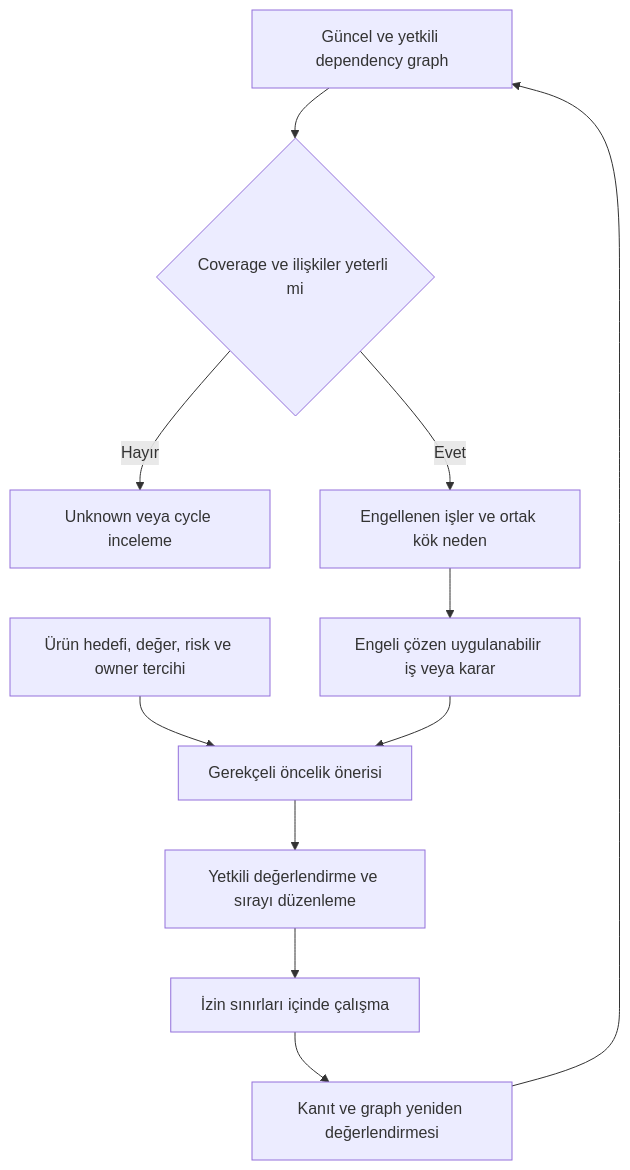
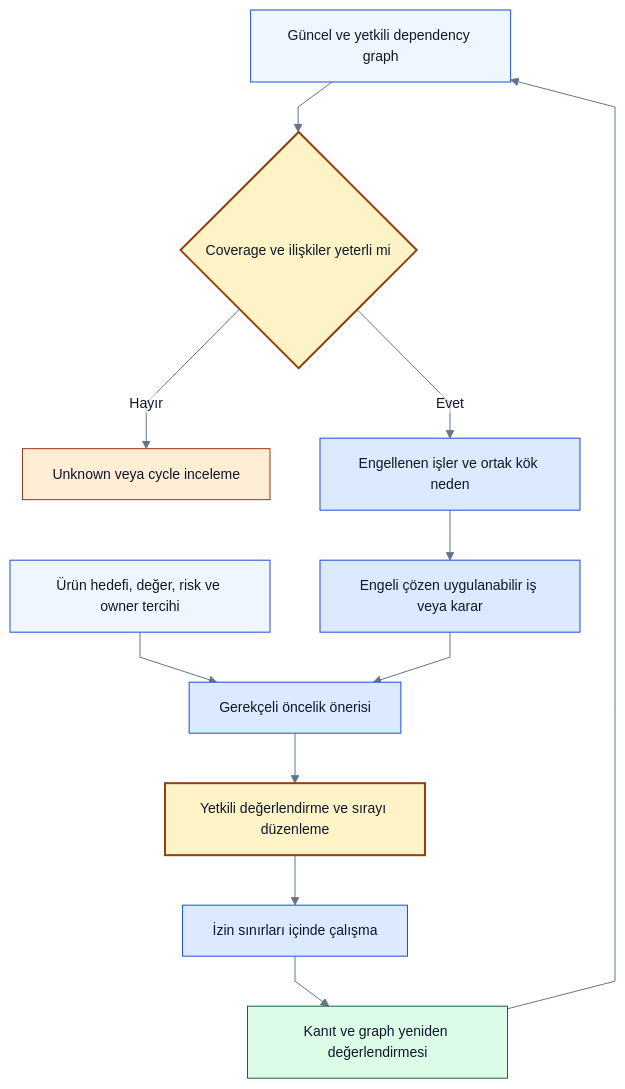
Before and after one commit to alphanAkbulut/decivora: diagram 11 of 13 in docs/architecture/diagrams.md, drawn with Mermaid. The commit also changed other lines of this file and 21 other files, not shown here.

Commit message:
Refresh all Mermaid diagrams, clarify decision states and document rendering evidence

````diff
--- a/docs/architecture/diagrams.md
+++ b/docs/architecture/diagrams.md
@@ -307,13 +448,26 @@
 ```mermaid
+%%{init: {"theme":"base","themeVariables":{"fontFamily":"Arial, sans-serif","fontSize":"14px","primaryColor":"#eff6ff","primaryTextColor":"#0f172a","primaryBorderColor":"#1d4ed8","lineColor":"#64748b","secondaryColor":"#ccfbf1","tertiaryColor":"#f1f5f9","background":"#ffffff","mainBkg":"#eff6ff","textColor":"#0f172a","clusterBkg":"#f8fafc","clusterBorder":"#94a3b8","edgeLabelBackground":"#ffffff","actorBkg":"#eff6ff","actorTextColor":"#0f172a","actorBorder":"#1d4ed8","signalColor":"#64748b","signalTextColor":"#0f172a","noteBkgColor":"#fef3c7","noteTextColor":"#0f172a","noteBorderColor":"#92400e"},"flowchart":{"htmlLabels":false,"curve":"linear"},"sequence":{"wrap":true},"themeCSS":"background-color:#ffffff;"}}%%
 flowchart TB
+    accTitle: Blocker ve açıklanabilir öncelik
+    accDescr: Önerilen tasarım veya açıkça belirtilen sentetik örnek. Renkler alan ve kontrol türünü gösterir; implemented veya passed kanıtı değildir. Yetki, revision ve coverage sınırları korunur.
     GRAPH[Güncel ve yetkili dependency graph] --> VALID{Coverage ve ilişkiler yeterli mi}
     VALID -->|Hayır| GAP[Unknown veya cycle inceleme]
     VALID -->|Evet| BLOCK[Engellenen işler ve ortak kök neden]
     BLOCK --> READY[Engeli çözen uygulanabilir iş veya karar]
     GOAL[Ürün hedefi, değer, risk ve owner tercihi] --> RANK[Gerekçeli öncelik önerisi]
     READY --> RANK
     RANK --> REVIEW[Yetkili değerlendirme ve sırayı düzenleme]
     REVIEW --> ACT[İzin sınırları içinde çalışma]
     ACT --> VERIFY[Kanıt ve graph yeniden değerlendirmesi]
     VERIFY --> GRAPH
+    classDef source fill:#eff6ff,stroke:#1d4ed8,color:#0f172a
+    classDef gate fill:#fef3c7,stroke:#92400e,color:#0f172a,stroke-width:2px
+    classDef process fill:#dbeafe,stroke:#1d4ed8,color:#0f172a
+    classDef evidence fill:#dcfce7,stroke:#166534,color:#0f172a
+    classDef warning fill:#ffedd5,stroke:#9a3412,color:#0f172a
+    class GRAPH,GOAL source
+    class VALID,REVIEW gate
+    class BLOCK,READY,RANK,ACT process
+    class VERIFY evidence
+    class GAP warning
 ```
````
